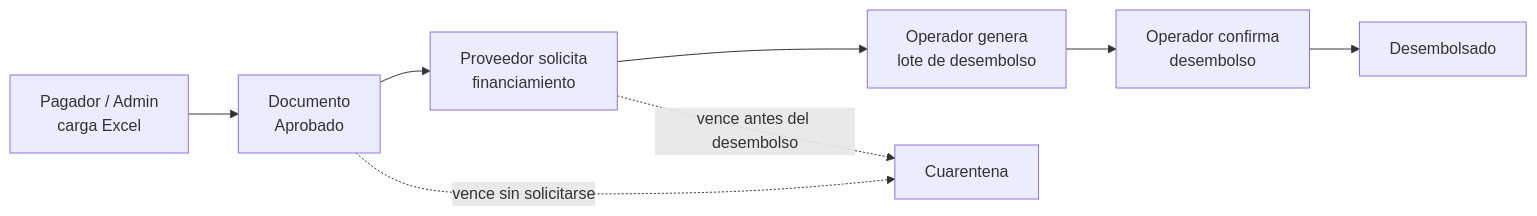
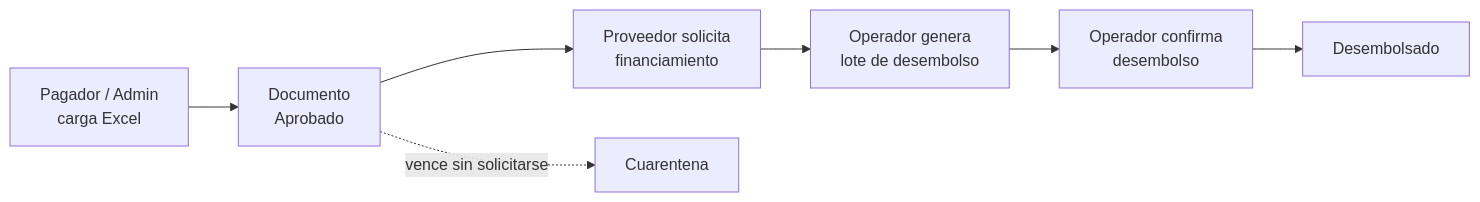
One commit to CH-DEV01/FINCXP_WORKSPACE changed the first of 2 diagrams in Entregable_Puesta_en_Marcha/03_Manual_de_usuario/Manual_de_Usuario.md. Above: the diagram before and after it, drawn with Mermaid. The commit also changed other lines of this file and 2 other files, not shown here.

````diff
--- a/Entregable_Puesta_en_Marcha/03_Manual_de_usuario/Manual_de_Usuario.md
+++ b/Entregable_Puesta_en_Marcha/03_Manual_de_usuario/Manual_de_Usuario.md
@@ -45,10 +45,9 @@
 ```mermaid
 flowchart LR
     A[Pagador / Admin<br/>carga Excel] --> B[Documento<br/>Aprobado]
     B --> C[Proveedor solicita<br/>financiamiento]
     C --> D[Operador genera<br/>lote de desembolso]
     D --> E[Operador confirma<br/>desembolso]
     E --> F[Desembolsado]
     B -. vence sin solicitarse .-> Q[Cuarentena]
-    C -. vence antes del desembolso .-> Q
 ```
````
